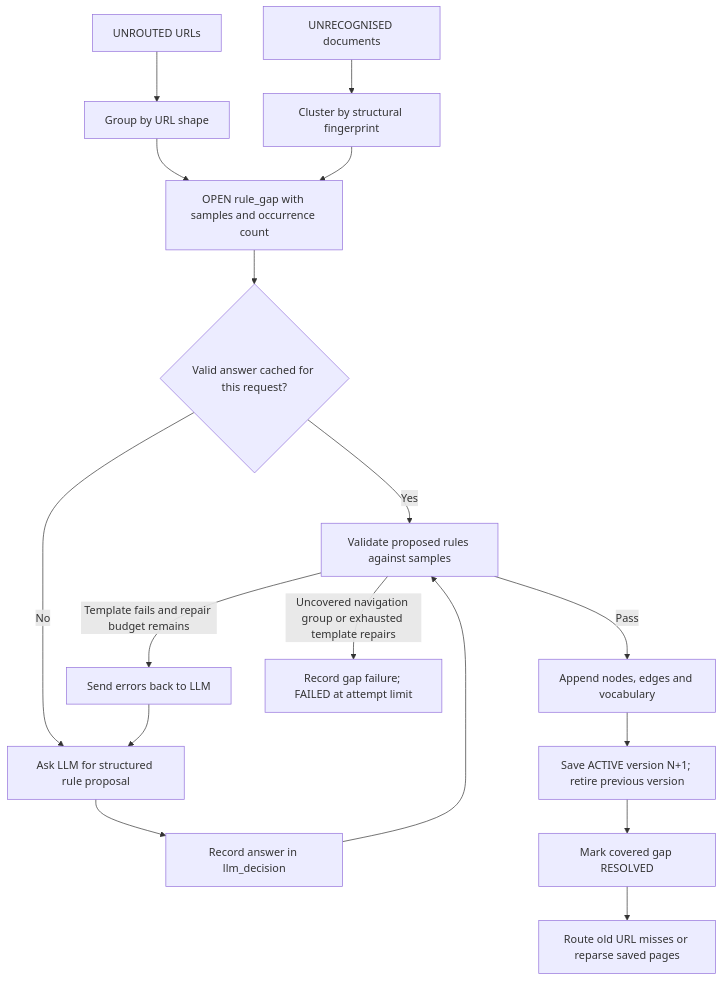
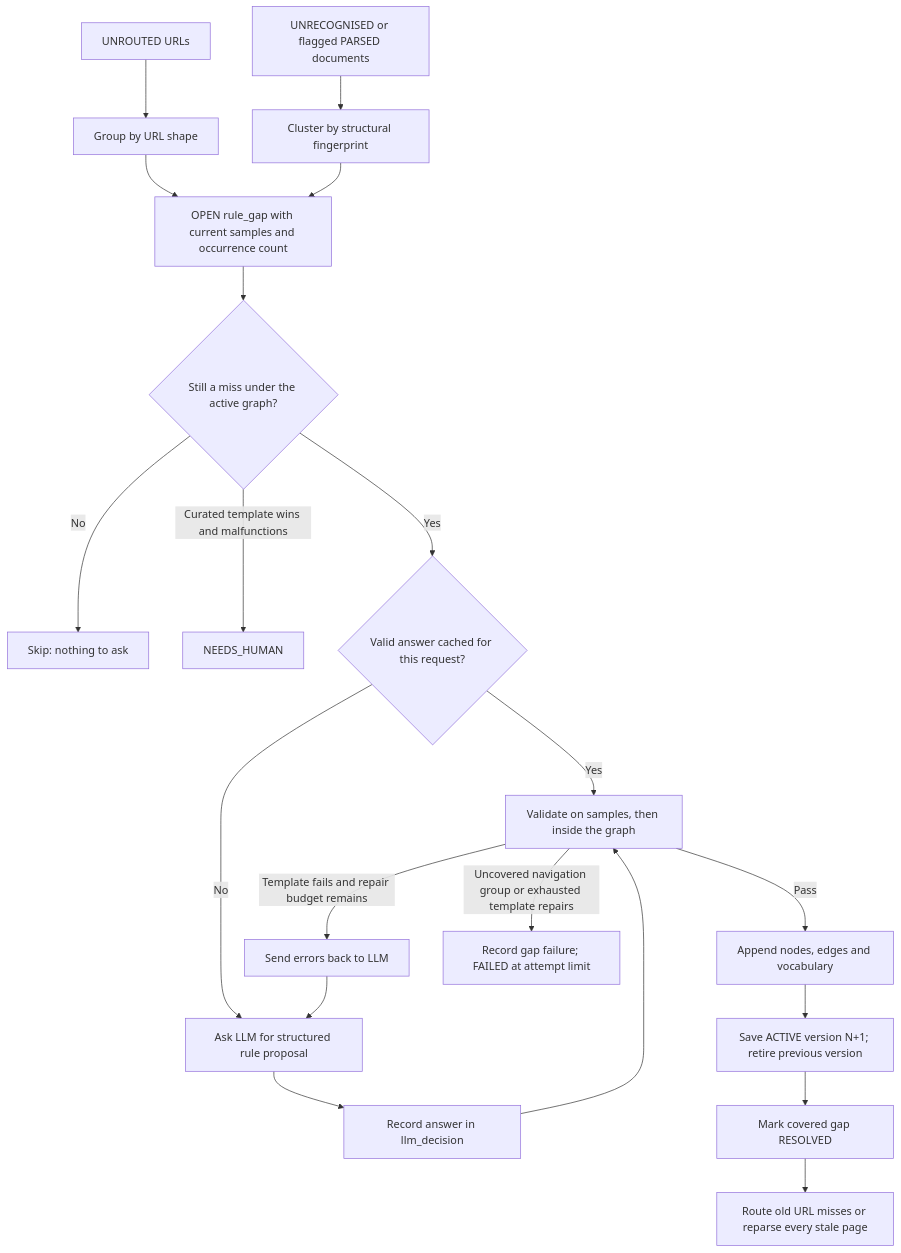
The third of 5 diagrams in docs/wayback-crawler-state-machine.md (fakhrytatanaki/realestate-analysis), drawn with Mermaid before and after one commit. The commit also changed other lines of this file and 30 other files, not shown here.

First line of the commit message:
feat: judge induced rules as they run, on current evidence (phase 0)

````diff
--- a/docs/wayback-crawler-state-machine.md
+++ b/docs/wayback-crawler-state-machine.md
@@ -215,19 +219,22 @@
 ```mermaid
 flowchart TD
     URL[UNROUTED URLs] --> Shape[Group by URL shape]
-    HTML[UNRECOGNISED documents] --> Fingerprint[Cluster by structural fingerprint]
-    Shape --> Gap[OPEN rule_gap with samples and occurrence count]
+    HTML[UNRECOGNISED or flagged PARSED documents] --> Fingerprint[Cluster by structural fingerprint]
+    Shape --> Gap[OPEN rule_gap with current samples and occurrence count]
     Fingerprint --> Gap
-    Gap --> Cache{Valid answer cached for this request?}
-    Cache -->|Yes| Validate[Validate proposed rules against samples]
+    Gap --> Fresh{Still a miss under the active graph?}
+    Fresh -->|No| Skip[Skip: nothing to ask]
+    Fresh -->|Curated template wins and malfunctions| Human[NEEDS_HUMAN]
+    Fresh -->|Yes| Cache{Valid answer cached for this request?}
+    Cache -->|Yes| Validate[Validate on samples, then inside the graph]
     Cache -->|No| Model[Ask LLM for structured rule proposal]
     Model --> Ledger[Record answer in llm_decision]
     Ledger --> Validate
     Validate -->|Pass| Extend[Append nodes, edges and vocabulary]
     Extend --> Activate[Save ACTIVE version N+1; retire previous version]
     Activate --> Resolved[Mark covered gap RESOLVED]
-    Resolved --> Retry[Route old URL misses or reparse saved pages]
+    Resolved --> Retry[Route old URL misses or reparse every stale page]
     Validate -->|Template fails and repair budget remains| Feedback[Send errors back to LLM]
     Feedback --> Model
     Validate -->|Uncovered navigation group or exhausted template repairs| Failure[Record gap failure; FAILED at attempt limit]
 ```
````
